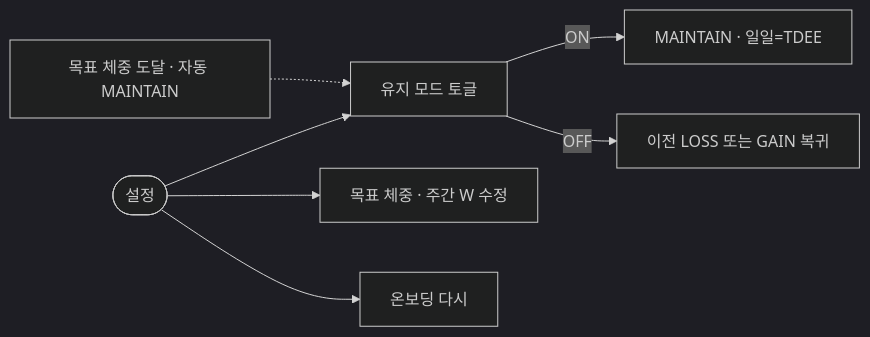
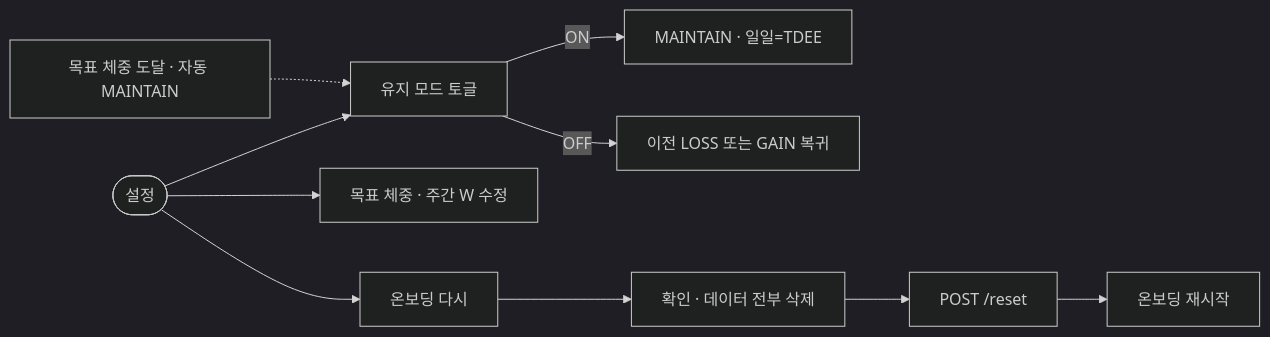
Before and after one commit to ohdeg/PBB: diagram 21 of 21 in docs/PBB-유저-흐름도.md, drawn with Mermaid (dark theme). The commit also changed other lines of this file and 17 other files, not shown here.

````diff
--- a/docs/PBB-유저-흐름도.md
+++ b/docs/PBB-유저-흐름도.md
@@ -491,9 +491,12 @@
 ```mermaid
 flowchart LR
     settings([설정]) --> toggle[유지 모드 토글]
     toggle -->|"ON"| maintain[MAINTAIN · 일일=TDEE]
     toggle -->|"OFF"| restore[이전 LOSS 또는 GAIN 복귀]
     auto[목표 체중 도달 · 자동 MAINTAIN] -.-> toggle
     settings --> editTw[목표 체중 · 주간 W 수정]
     settings --> reOnboard[온보딩 다시]
+    reOnboard --> confirmWipe[확인 · 데이터 전부 삭제]
+    confirmWipe --> resetApi["POST /reset"]
+    resetApi --> onboardAgain[온보딩 재시작]
 ```
````
